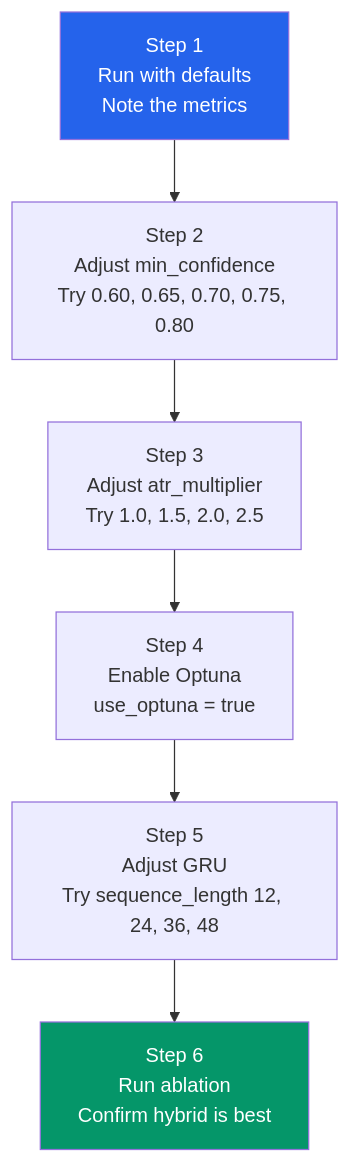
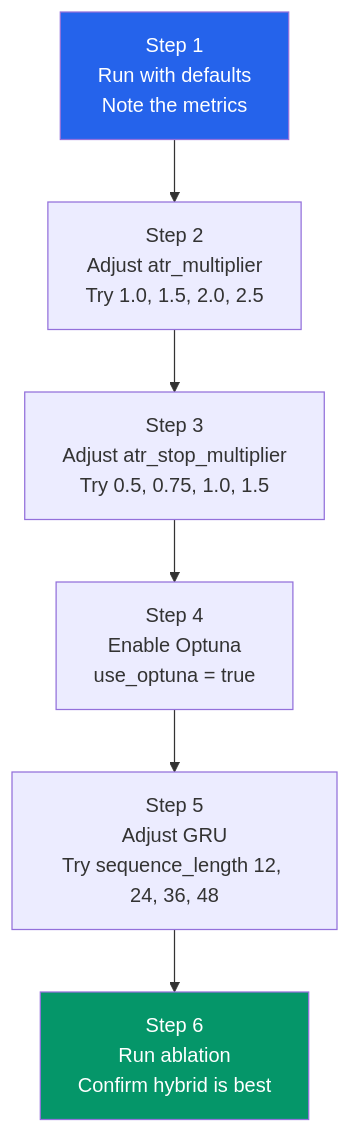
One commit to ultimateBroK/thesis-hybrid-stacking changed the fifth of 5 diagrams in docs/CONFIGURATION.md. Above: the diagram before and after it, drawn with Mermaid. The commit also changed other lines of this file and 7 other files, not shown here.

````diff
--- a/docs/CONFIGURATION.md
+++ b/docs/CONFIGURATION.md
@@ -403,12 +401,12 @@
 ```mermaid
 flowchart TD
     S1["Step 1<br/>Run with defaults<br/>Note the metrics"] --> S2
-    S2["Step 2<br/>Adjust min_confidence<br/>Try 0.60, 0.65, 0.70, 0.75, 0.80"] --> S3
-    S3["Step 3<br/>Adjust atr_multiplier<br/>Try 1.0, 1.5, 2.0, 2.5"] --> S4
+    S2["Step 2<br/>Adjust atr_multiplier<br/>Try 1.0, 1.5, 2.0, 2.5"] --> S3
+    S3["Step 3<br/>Adjust atr_stop_multiplier<br/>Try 0.5, 0.75, 1.0, 1.5"] --> S4
     S4["Step 4<br/>Enable Optuna<br/>use_optuna = true"] --> S5
     S5["Step 5<br/>Adjust GRU<br/>Try sequence_length 12, 24, 36, 48"] --> S6
     S6["Step 6<br/>Run ablation<br/>Confirm hybrid is best"]
 
     style S1 fill:#2563EB,color:#fff
     style S6 fill:#059669,color:#fff
 ```
````
